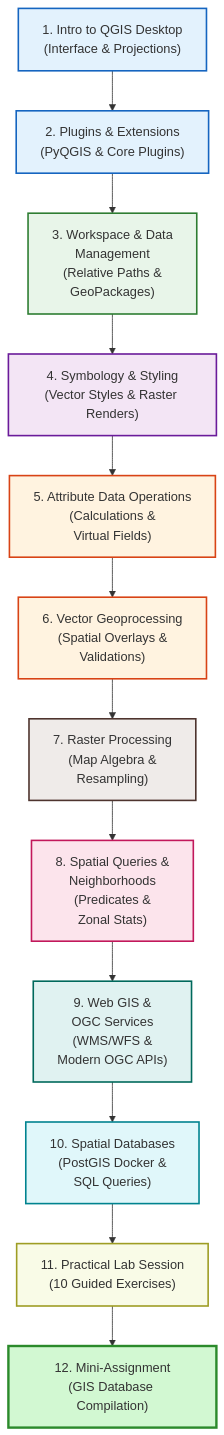
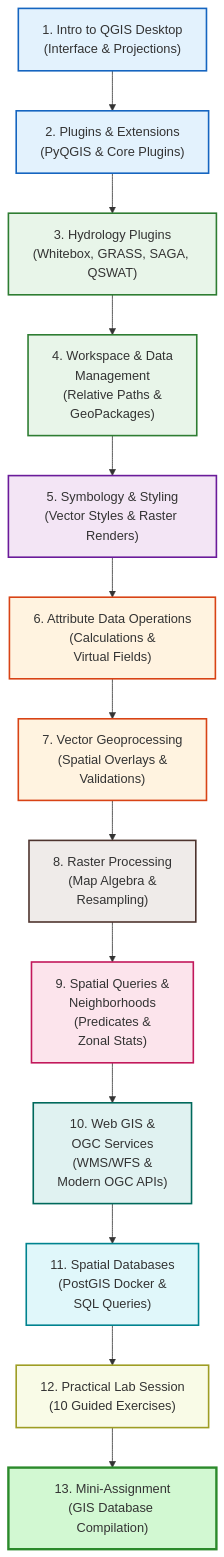
One commit to Rotten-Grapes-Pvt-Ltd/QGIS-WECS changed the diagram in docs/day3/index.md. Above: the diagram before and after it, drawn with Mermaid. The commit also changed other lines of this file and 12 other files, not shown here.

Commit message:
Add Day 3 hydrology plugins, restructure homepage to About Us, and set training plan as index landing page

````diff
--- a/docs/day3/index.md
+++ b/docs/day3/index.md
@@ -33,28 +35,30 @@
 ```mermaid
 graph TD
     M1["1. Intro to QGIS Desktop<br/>(Interface & Projections)"] --> M2["2. Plugins & Extensions<br/>(PyQGIS & Core Plugins)"]
-    M2 --> M3["3. Workspace & Data <br> Management<br/>(Relative Paths & <br> GeoPackages)"]
-    M3 --> M4["4. Symbology & Styling<br/>(Vector Styles & Raster Renders)"]
-    M4 --> M5["5. Attribute Data Operations<br/>(Calculations & <br> Virtual Fields)"]
-    M5 --> M6["6. Vector Geoprocessing<br/>(Spatial Overlays & <br> Validations)"]
-    M6 --> M7["7. Raster Processing<br/>(Map Algebra & <br> Resampling)"]
-    M7 --> M8["8. Spatial Queries & <br> Neighborhoods<br/>(Predicates & <br> Zonal Stats)"]
-    M8 --> M9["9. Web GIS & <br> OGC Services<br/>(WMS/WFS & <br> Modern OGC APIs)"]
-    M9 --> M10["10. Spatial Databases<br/>(PostGIS Docker & <br> SQL Queries)"]
-    M10 --> M11["11. Practical Lab Session<br/>(10 Guided Exercises)"]
-    M11 --> M12["12. Mini-Assignment<br/>(GIS Database Compilation)"]
+    M2 --> M3["3. Hydrology Plugins<br/>(Whitebox, GRASS, SAGA, QSWAT)"]
+    M3 --> M4["4. Workspace & Data <br> Management<br/>(Relative Paths & <br> GeoPackages)"]
+    M4 --> M5["5. Symbology & Styling<br/>(Vector Styles & Raster Renders)"]
+    M5 --> M6["6. Attribute Data Operations<br/>(Calculations & <br> Virtual Fields)"]
+    M6 --> M7["7. Vector Geoprocessing<br/>(Spatial Overlays & <br> Validations)"]
+    M7 --> M8["8. Raster Processing<br/>(Map Algebra & <br> Resampling)"]
+    M8 --> M9["9. Spatial Queries & <br> Neighborhoods<br/>(Predicates & <br> Zonal Stats)"]
+    M9 --> M10["10. Web GIS & <br> OGC Services<br/>(WMS/WFS & <br> Modern OGC APIs)"]
+    M10 --> M11["11. Spatial Databases<br/>(PostGIS Docker & <br> SQL Queries)"]
+    M11 --> M12["12. Practical Lab Session<br/>(10 Guided Exercises)"]
+    M12 --> M13["13. Mini-Assignment<br/>(GIS Database Compilation)"]
 
     %% Premium styled flowchart nodes
     style M1 fill:#e3f2fd,stroke:#1565c0,stroke-width:2px
     style M2 fill:#e3f2fd,stroke:#1565c0,stroke-width:2px
     style M3 fill:#e8f5e9,stroke:#2e7d32,stroke-width:2px
-    style M4 fill:#f3e5f5,stroke:#6a1b9a,stroke-width:2px
-    style M5 fill:#fff3e0,stroke:#d84315,stroke-width:2px
+    style M4 fill:#e8f5e9,stroke:#2e7d32,stroke-width:2px
+    style M5 fill:#f3e5f5,stroke:#6a1b9a,stroke-width:2px
     style M6 fill:#fff3e0,stroke:#d84315,stroke-width:2px
-    style M7 fill:#efebe9,stroke:#4e342e,stroke-width:2px
-    style M8 fill:#fce4ec,stroke:#c2185b,stroke-width:2px
-    style M9 fill:#e0f2f1,stroke:#00695c,stroke-width:2px
-    style M10 fill:#e0f7fa,stroke:#00838f,stroke-width:2px
-    style M11 fill:#f9fbe7,stroke:#9e9d24,stroke-width:2px
-    style M12 fill:#d2f8d2,stroke:#2b8a2b,stroke-width:3px
+    style M7 fill:#fff3e0,stroke:#d84315,stroke-width:2px
+    style M8 fill:#efebe9,stroke:#4e342e,stroke-width:2px
+    style M9 fill:#fce4ec,stroke:#c2185b,stroke-width:2px
+    style M10 fill:#e0f2f1,stroke:#00695c,stroke-width:2px
+    style M11 fill:#e0f7fa,stroke:#00838f,stroke-width:2px
+    style M12 fill:#f9fbe7,stroke:#9e9d24,stroke-width:2px
+    style M13 fill:#d2f8d2,stroke:#2b8a2b,stroke-width:3px
 ```
````
